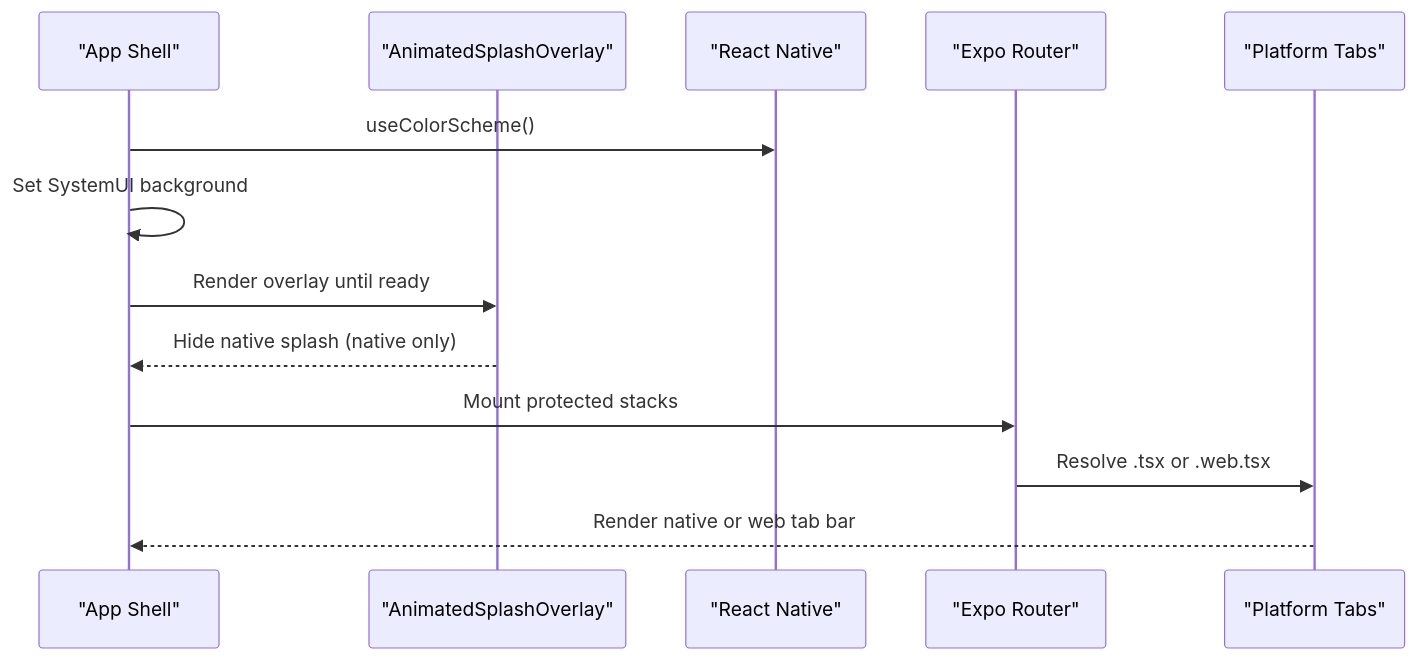
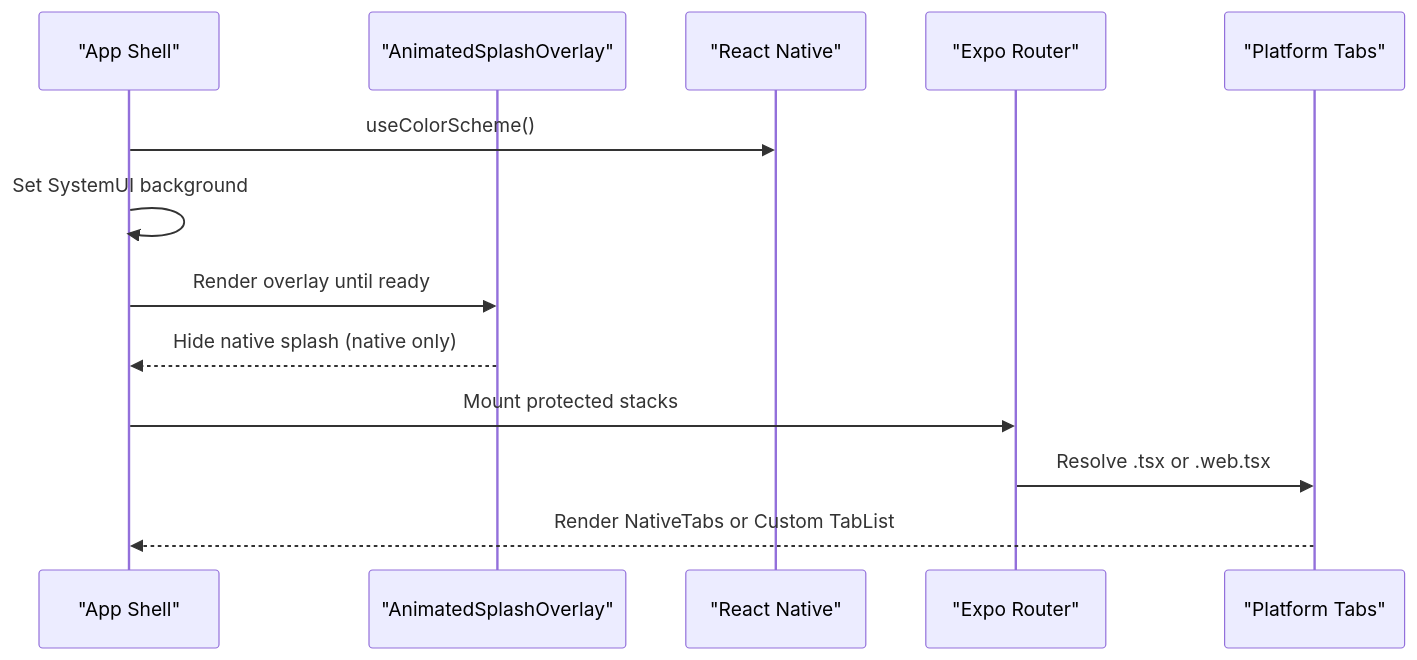
The second of 6 diagrams in .qoder/repowiki/en/content/Platform Specifics.md (Muhammad-Masood/tijarah-ai-app), drawn with Mermaid before and after one commit. The commit also changed other lines of this file and 18 other files, not shown here.

````diff
--- a/.qoder/repowiki/en/content/Platform Specifics.md
+++ b/.qoder/repowiki/en/content/Platform Specifics.md
@@ -94,15 +101,15 @@
 ```mermaid
 sequenceDiagram
 participant App as "App Shell"
 participant Splash as "AnimatedSplashOverlay"
 participant RN as "React Native"
 participant Router as "Expo Router"
 participant Tabs as "Platform Tabs"
 App->>RN : useColorScheme()
 App->>App : Set SystemUI background
 App->>Splash : Render overlay until ready
 Splash-->>App : Hide native splash (native only)
 App->>Router : Mount protected stacks
 Router->>Tabs : Resolve .tsx or .web.tsx
-Tabs-->>App : Render native or web tab bar
+Tabs-->>App : Render NativeTabs or Custom TabList
 ```
````
